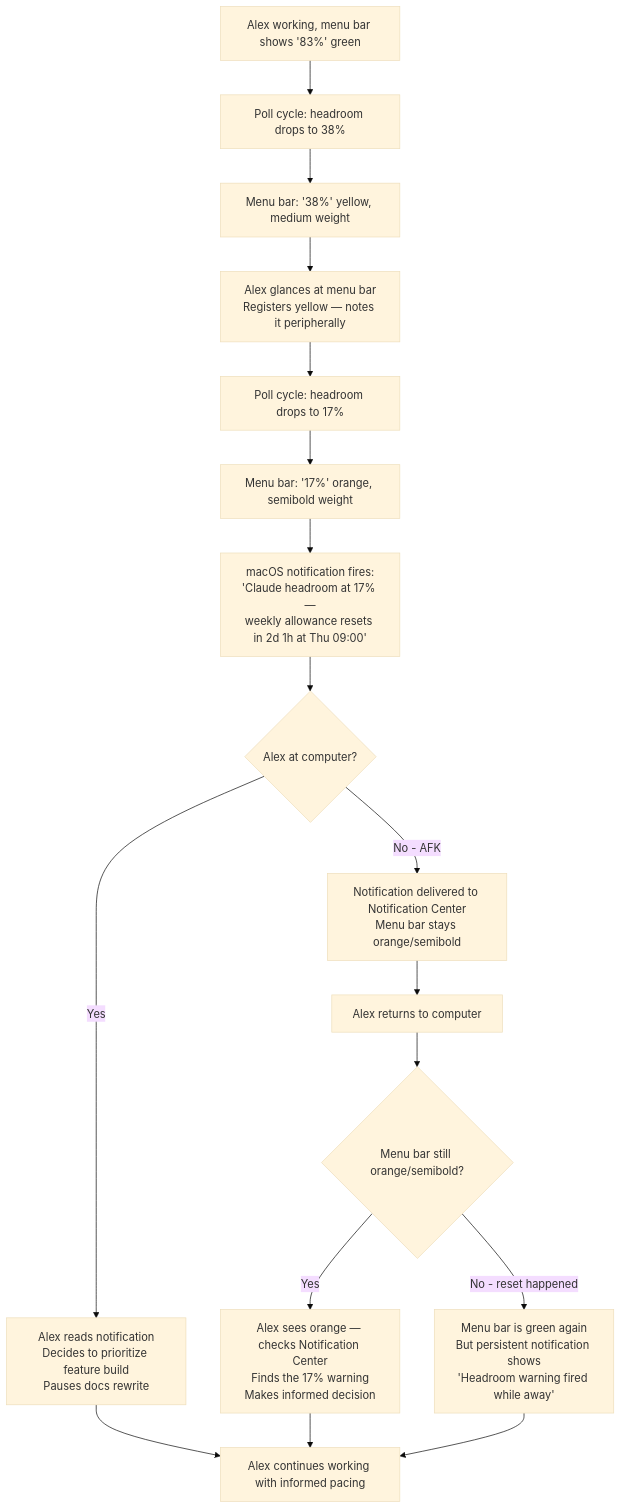
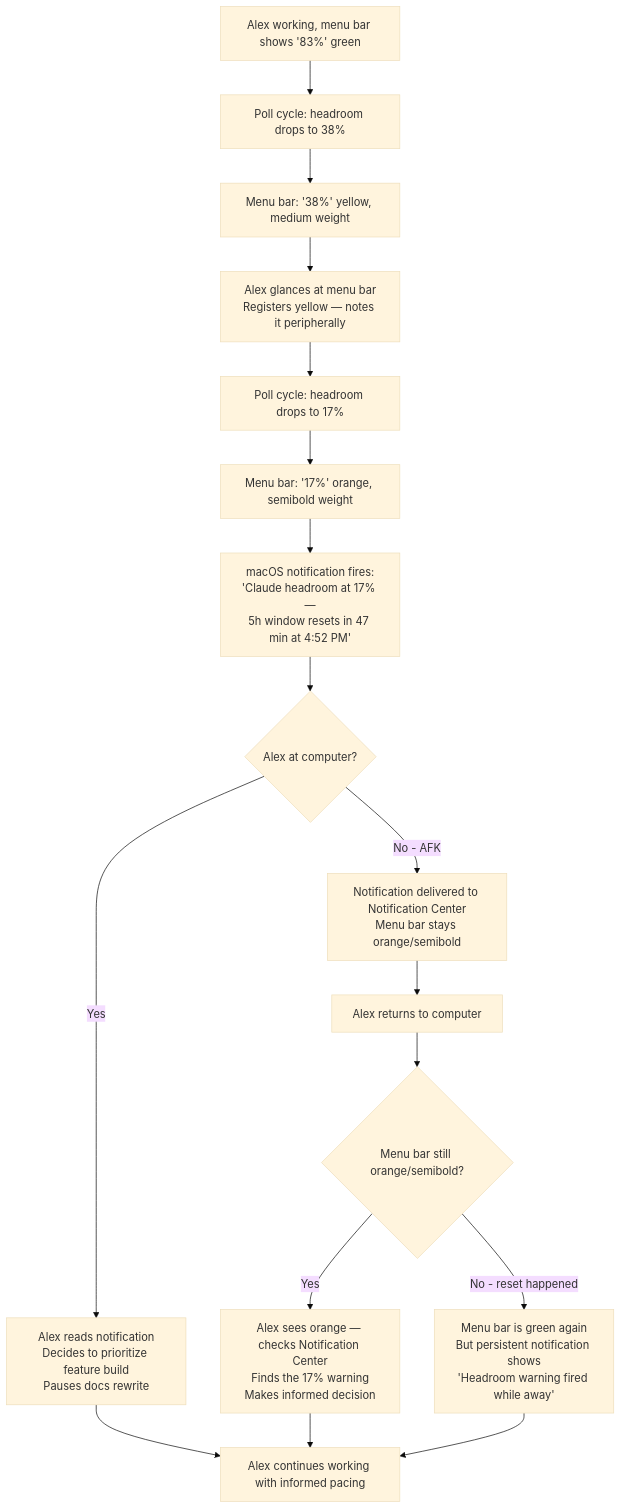
Before and after one commit to rajish/cc-hdrm: the second of 5 diagrams in _bmad-output/planning-artifacts/ux-design-specification.md, drawn with Mermaid (base theme). The commit also changed other lines of this file and 17 other files, not shown here.

````diff
--- a/_bmad-output/planning-artifacts/ux-design-specification.md
+++ b/_bmad-output/planning-artifacts/ux-design-specification.md
@@ -538,19 +535,19 @@
 ```mermaid
 flowchart TD
     A[Alex working, menu bar shows '83%' green] --> B[Poll cycle: headroom drops to 38%]
     B --> C[Menu bar: '38%' yellow, medium weight]
     C --> D[Alex glances at menu bar\nRegisters yellow — notes it peripherally]
     D --> E[Poll cycle: headroom drops to 17%]
     E --> F[Menu bar: '17%' orange, semibold weight]
-    F --> G[macOS notification fires:\n'Claude headroom at 17% —\nweekly allowance resets in 2d 1h at Thu 09:00']
+    F --> G[macOS notification fires:\n'Claude headroom at 17% —\n5h window resets in 47 min at 4:52 PM']
     G --> H{Alex at computer?}
     H -->|Yes| I[Alex reads notification\nDecides to prioritize feature build\nPauses docs rewrite]
     H -->|No - AFK| J[Notification delivered to Notification Center\nMenu bar stays orange/semibold]
     J --> K[Alex returns to computer]
     K --> L{Menu bar still orange/semibold?}
     L -->|Yes| M[Alex sees orange — checks Notification Center\nFinds the 17% warning\nMakes informed decision]
     L -->|No - reset happened| N[Menu bar is green again\nBut persistent notification shows\n'Headroom warning fired while away']
     I --> O[Alex continues working with informed pacing]
     M --> O
     N --> O
 ```
````
